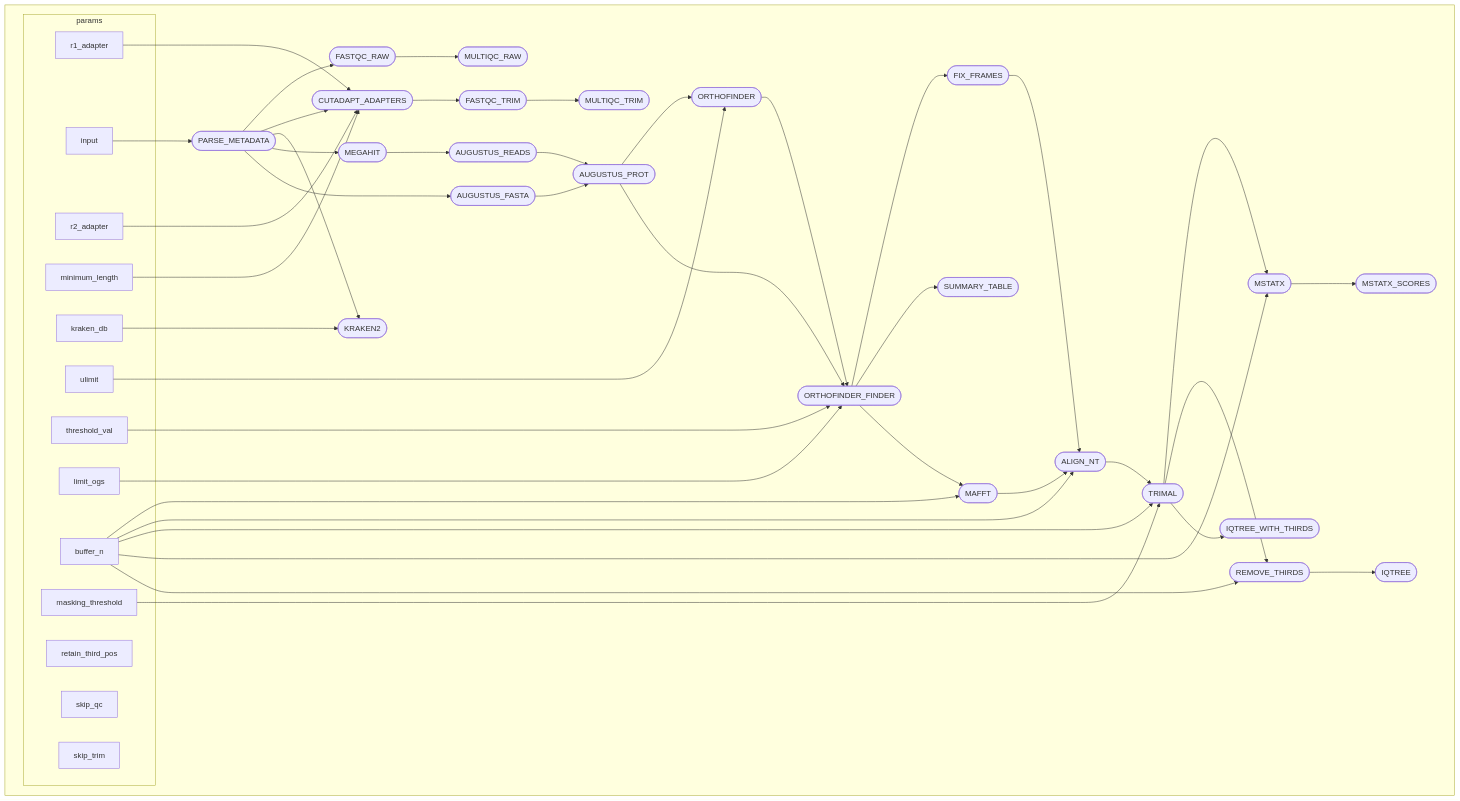
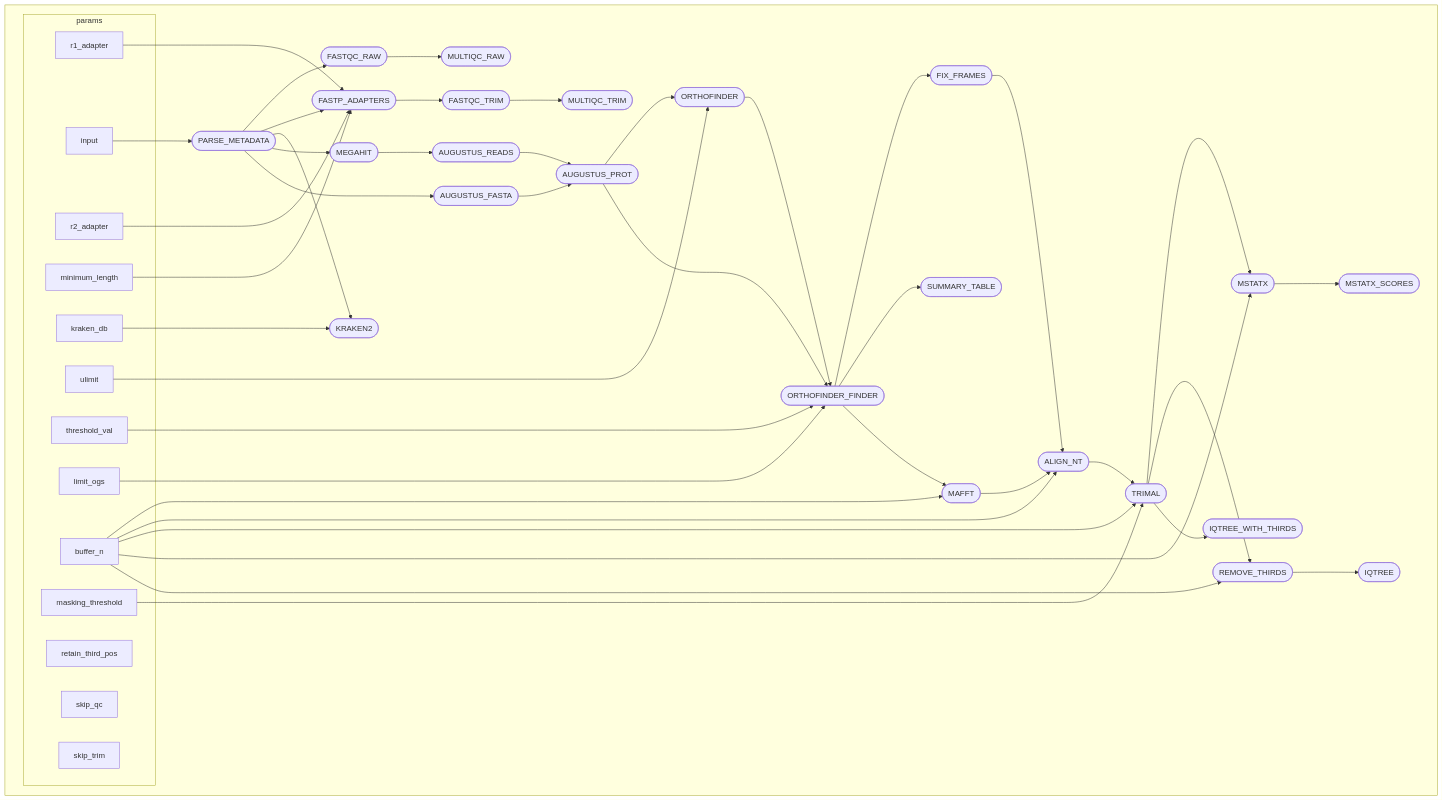
One commit to jacksonhturner/orthogarden changed the diagram in README.md. Above: the diagram before and after it, drawn with Mermaid. The commit also changed 9 other files, not shown here.

````diff
--- a/README.md
+++ b/README.md
@@ -139,82 +139,82 @@
 ```mermaid
 flowchart TB
     subgraph " "
     subgraph params
     v9["r1_adapter"]
     v32["buffer_n"]
     v28["limit_ogs"]
     v25["ulimit"]
     v42["retain_third_pos"]
     v5["skip_qc"]
     v27["threshold_val"]
     v11["minimum_length"]
     v0["input"]
     v38["masking_threshold"]
     v17["kraken_db"]
     v8["skip_trim"]
     v10["r2_adapter"]
     end
     v2([PARSE_METADATA])
     v6([FASTQC_RAW])
     v7([MULTIQC_RAW])
-    v12([CUTADAPT_ADAPTERS])
+    v12([FASTP_ADAPTERS])
     v14([FASTQC_TRIM])
     v15([MULTIQC_TRIM])
     v18([KRAKEN2])
     v21([MEGAHIT])
     v22([AUGUSTUS_FASTA])
     v23([AUGUSTUS_READS])
     v24([AUGUSTUS_PROT])
     v26([ORTHOFINDER])
     v29([ORTHOFINDER_FINDER])
     v30([FIX_FRAMES])
     v31([SUMMARY_TABLE])
     v33([MAFFT])
     v37([ALIGN_NT])
     v39([TRIMAL])
     v40([MSTATX])
     v41([MSTATX_SCORES])
     v43([REMOVE_THIRDS])
     v44([IQTREE])
     v45([IQTREE_WITH_THIRDS])
     v0 --> v2
     v2 --> v6
     v6 --> v7
     v2 --> v12
     v9 --> v12
     v10 --> v12
     v11 --> v12
     v12 --> v14
     v14 --> v15
     v17 --> v18
     v2 --> v18
     v2 --> v21
     v2 --> v22
     v21 --> v23
     v22 --> v24
     v23 --> v24
     v24 --> v26
     v25 --> v26
     v24 --> v29
     v26 --> v29
     v27 --> v29
     v28 --> v29
     v29 --> v30
     v29 --> v31
     v32 --> v33
     v29 --> v33
     v32 --> v37
     v33 --> v37
     v30 --> v37
     v32 --> v39
     v37 --> v39
     v38 --> v39
     v32 --> v40
     v39 --> v40
     v40 --> v41
     v32 --> v43
     v39 --> v43
     v43 --> v44
     v39 --> v45
     end
 ```
````
